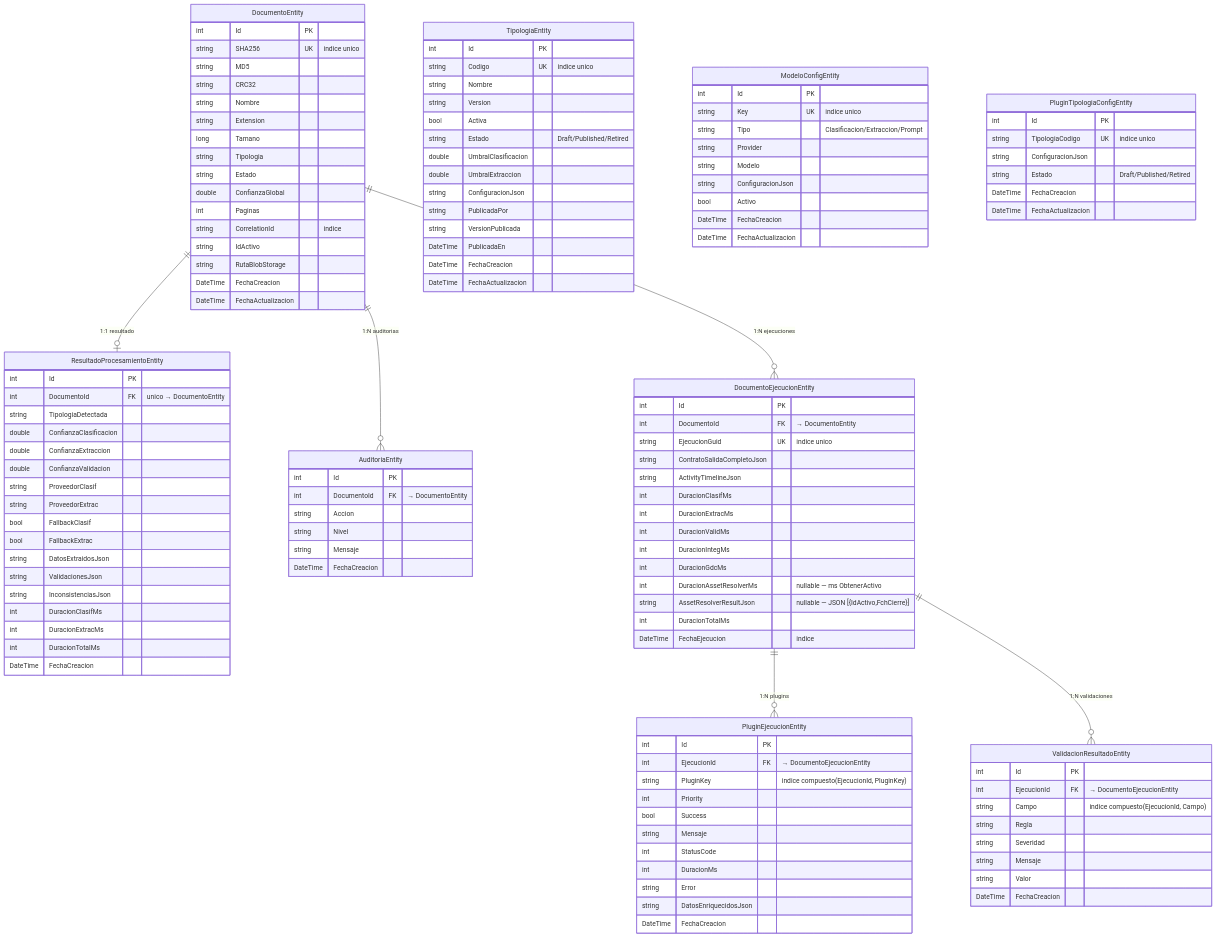
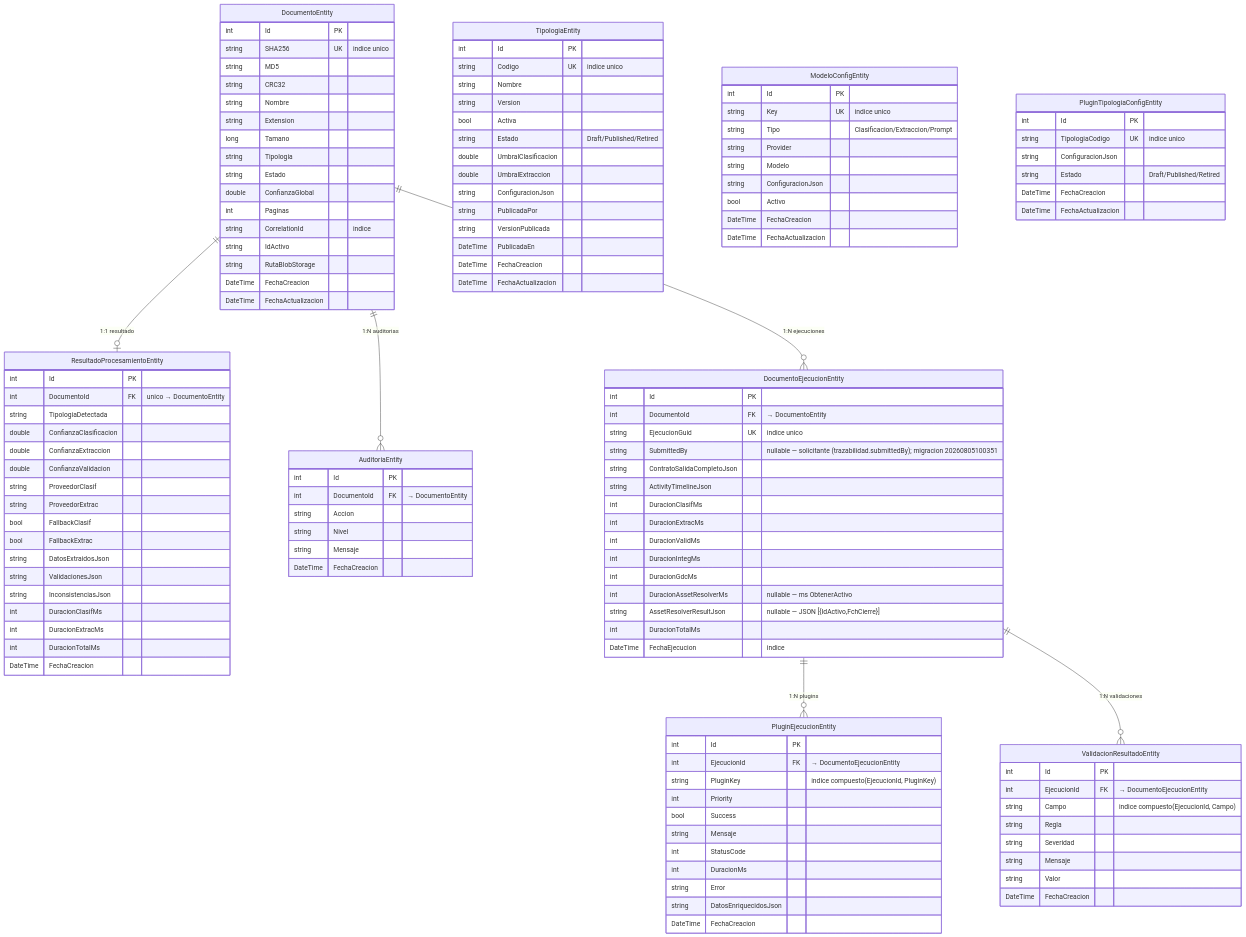
One commit to nvcrisologo02/AI-DocClassExt changed the tenth of 12 diagrams in docs/03_DISENO_TECNICO_DETALLADO.md. Above: the diagram before and after it, drawn with Mermaid. The commit also changed other lines of this file and 9 other files, not shown here.

```diff
--- a/docs/03_DISENO_TECNICO_DETALLADO.md
+++ b/docs/03_DISENO_TECNICO_DETALLADO.md
@@ -944,6 +944,7 @@
         int Id PK
         int DocumentoId FK "→ DocumentoEntity"
         string EjecucionGuid UK "indice unico"
+        string SubmittedBy "nullable — solicitante (trazabilidad.submittedBy); migracion 20260805100351"
         string ContratoSalidaCompletoJson
         string ActivityTimelineJson
         int DuracionClasifMs
```
